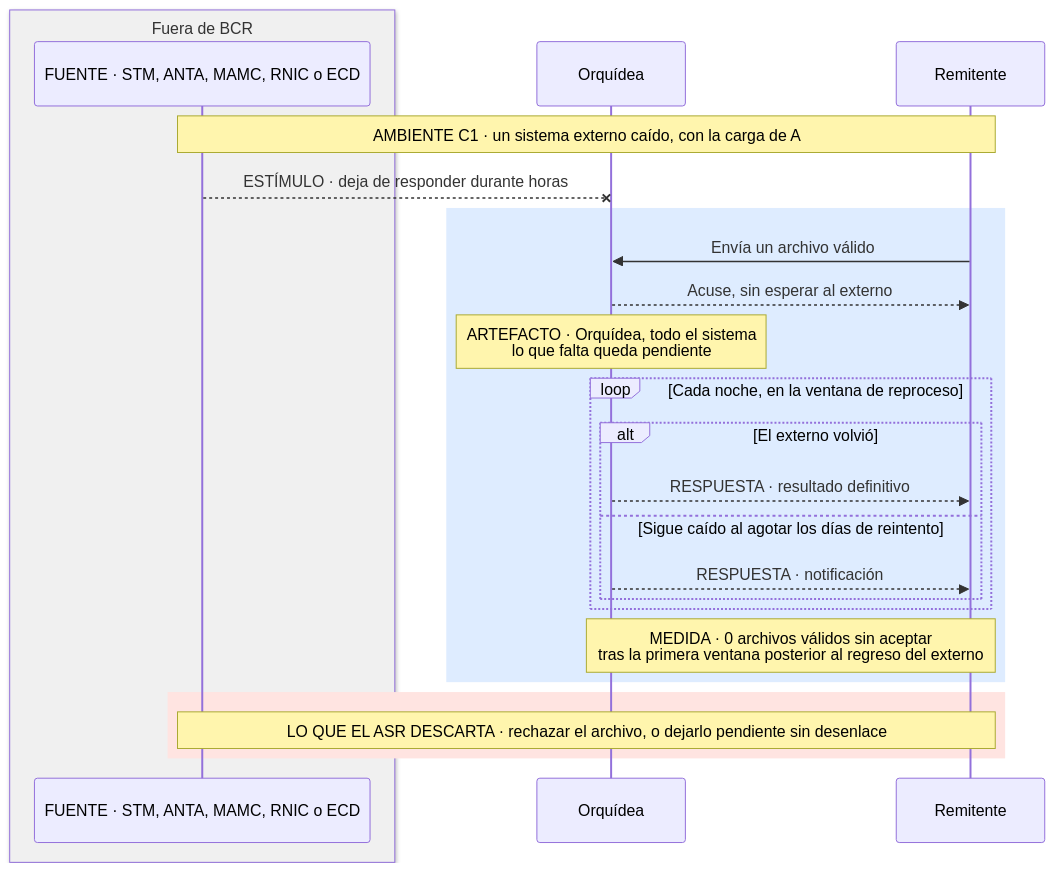
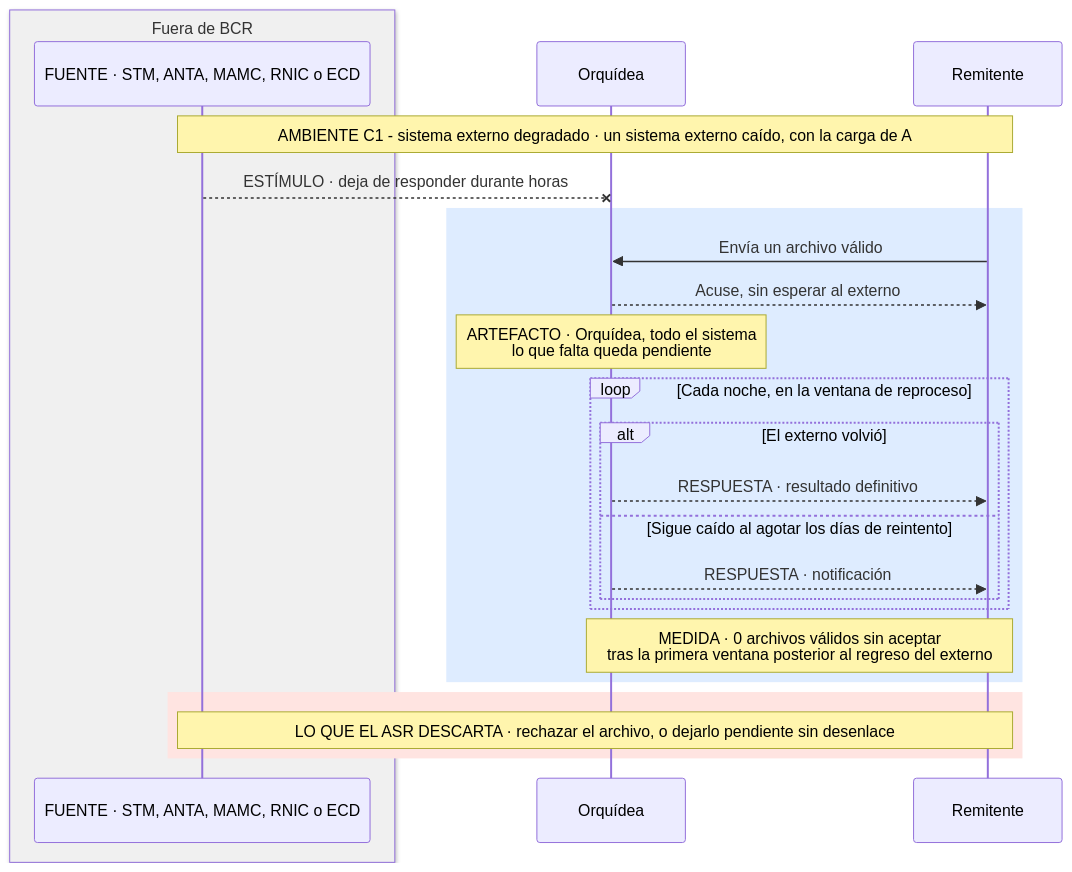
Before and after one commit to MATI-MBIT/arqsoft-reto-4: the first of 17 diagrams in docs/quality-attributes.md, drawn with Mermaid. The commit also changed other lines of this file and 6 other files, not shown here.

````diff
--- a/docs/quality-attributes.md
+++ b/docs/quality-attributes.md
@@ -174,26 +174,26 @@
 ```mermaid
 sequenceDiagram
     box rgb(240,240,240) Fuera de BCR
     participant X as FUENTE · STM, ANTA, MAMC, RNIC o ECD
     end
     participant O as Orquídea
     participant R as Remitente
-    Note over X,R: AMBIENTE C1 · un sistema externo caído, con la carga de A
+    Note over X,R: AMBIENTE C1 - sistema externo degradado · un sistema externo caído, con la carga de A
     X--xO: ESTÍMULO · deja de responder durante horas
     rect rgb(222, 236, 255)
     R->>O: Envía un archivo válido
     O-->>R: Acuse, sin esperar al externo
     Note over O: ARTEFACTO · Orquídea, todo el sistema<br/>lo que falta queda pendiente
     loop Cada noche, en la ventana de reproceso
         alt El externo volvió
             O-->>R: RESPUESTA · resultado definitivo
         else Sigue caído al agotar los días de reintento
             O-->>R: RESPUESTA · notificación
         end
     end
     Note over O,R: MEDIDA · 0 archivos válidos sin aceptar<br/>tras la primera ventana posterior al regreso del externo
     end
     rect rgb(255, 228, 225)
     Note over X,R: LO QUE EL ASR DESCARTA · rechazar el archivo, o dejarlo pendiente sin desenlace
     end
 ```
````
